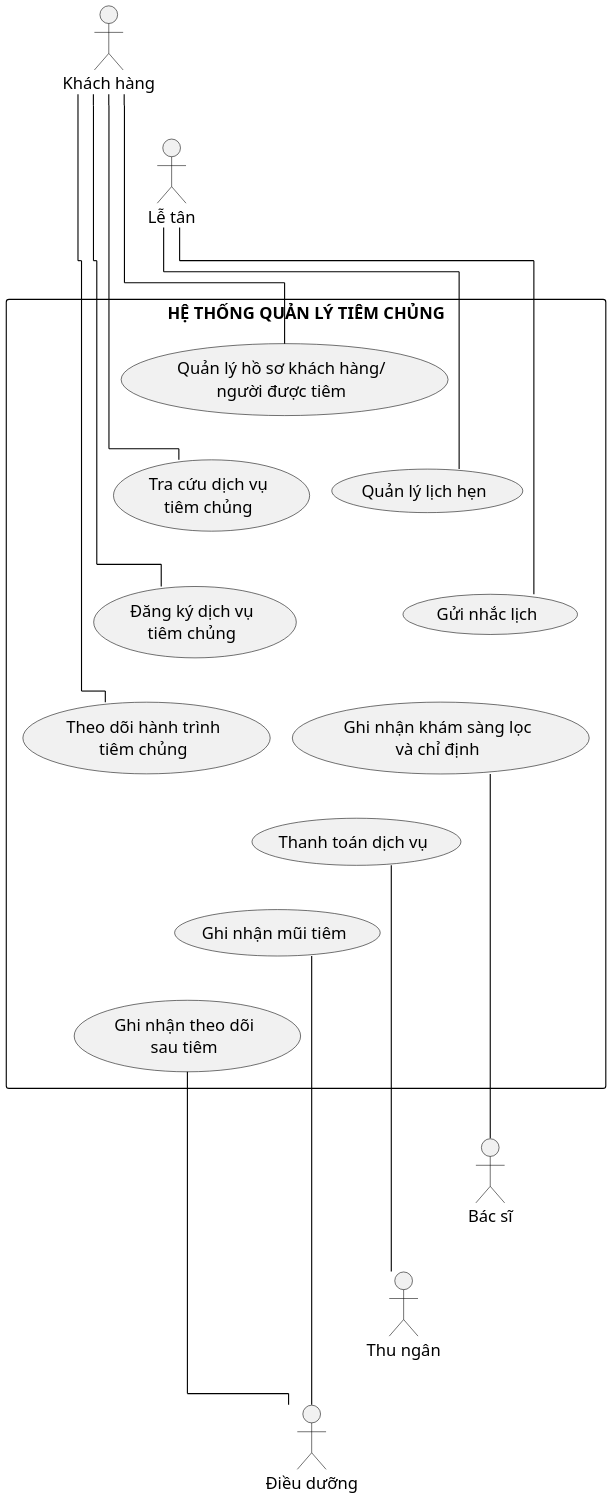
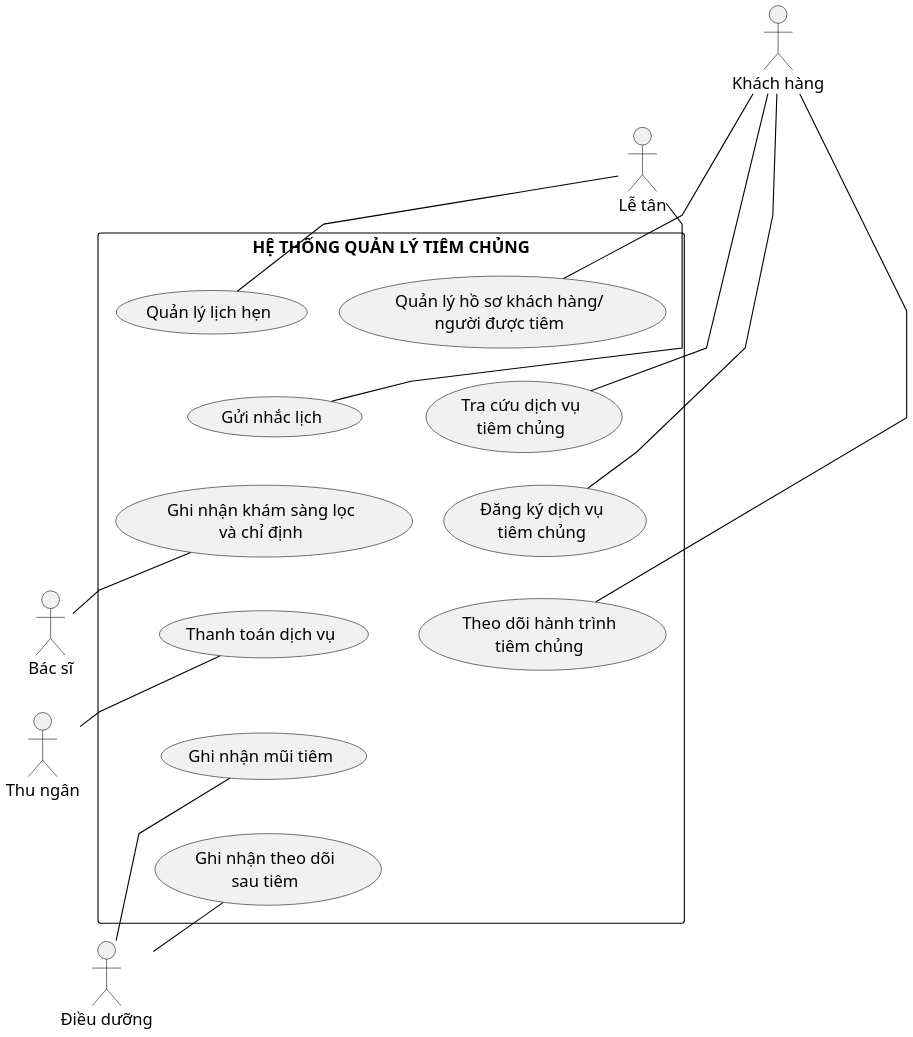
Before and after one commit to datngo1203/KLCN-QuanLyTiemChung: the diagram in docs/thesis/uml/Hinh_2_9_System_Use_Case_Tong_Quan.puml, drawn with PlantUML.

Commit message:
docs(thesis): use undirected polylines in Hinh 2.9

```diff
--- a/docs/thesis/uml/Hinh_2_9_System_Use_Case_Tong_Quan.puml
+++ b/docs/thesis/uml/Hinh_2_9_System_Use_Case_Tong_Quan.puml
@@ -1,79 +1,77 @@
 @startuml
-!pragma layout elk
 ' THESIS-R1 — Hình 2.9 System Use Case summary
-' One visible symbol per actor; orthogonal connectors for print readability.
+' One visible symbol per actor. Graphviz polyline routing, no directional association hints.
 skinparam monochrome true
 skinparam shadowing false
 skinparam backgroundColor white
 skinparam defaultFontName "Times New Roman"
 skinparam defaultFontSize 15
 skinparam ArrowColor black
 skinparam ActorBorderColor black
 skinparam UsecaseBorderColor black
 skinparam RectangleBorderColor black
-skinparam linetype ortho
-skinparam nodesep 30
-skinparam ranksep 32
+skinparam linetype polyline
+skinparam nodesep 28
+skinparam ranksep 30
 skinparam dpi 180
 
 top to bottom direction
 
 actor "Khách hàng" as Customer
 actor "Lễ tân" as Reception
 Customer -[hidden]down- Reception
 
 rectangle "HỆ THỐNG QUẢN LÝ TIÊM CHỦNG" as SystemBoundary {
   usecase "Quản lý hồ sơ khách hàng/\nngười được tiêm" as UC09
   usecase "Quản lý lịch hẹn" as UC12
 
   usecase "Tra cứu dịch vụ\ntiêm chủng" as UC10
   usecase "Gửi nhắc lịch" as UC13
 
   usecase "Đăng ký dịch vụ\ntiêm chủng" as UC11
   usecase "Ghi nhận khám sàng lọc\nvà chỉ định" as UC15
 
   usecase "Theo dõi hành trình\ntiêm chủng" as UC19
   usecase "Thanh toán dịch vụ" as UC16
 
   usecase "Ghi nhận mũi tiêm" as UC17
   usecase "Ghi nhận theo dõi\nsau tiêm" as UC18
 
-  ' Left customer-facing column.
+  ' Two-column semantic-free layout constraints.
   UC09 -[hidden]down- UC10
   UC10 -[hidden]down- UC11
   UC11 -[hidden]down- UC19
 
-  ' Right operational column.
   UC12 -[hidden]down- UC13
   UC13 -[hidden]down- UC15
   UC15 -[hidden]down- UC16
   UC16 -[hidden]down- UC17
   UC17 -[hidden]down- UC18
 
   UC09 -[hidden]right- UC12
   UC10 -[hidden]right- UC13
   UC11 -[hidden]right- UC15
   UC19 -[hidden]right- UC16
 }
 
 actor "Bác sĩ" as Doctor
 actor "Thu ngân" as Cashier
 actor "Điều dưỡng" as Nurse
 Doctor -[hidden]down- Cashier
 Cashier -[hidden]down- Nurse
 
 ' Primary/representative actor associations only.
-Customer -right- UC09
-Customer -right- UC10
-Customer -right- UC11
-Customer -right- UC19
+Customer -- UC09
+Customer -- UC10
+Customer -- UC11
+Customer -- UC19
 
-Reception -right- UC12
-Reception -right- UC13
+Reception -- UC12
+Reception -- UC13
 
-UC15 -right- Doctor
-UC16 -right- Cashier
-UC17 -right- Nurse
-UC18 -right- Nurse
+UC15 -- Doctor
+UC16 -- Cashier
+UC17 -- Nurse
+UC18 -- Nurse
 
 @enduml
```
